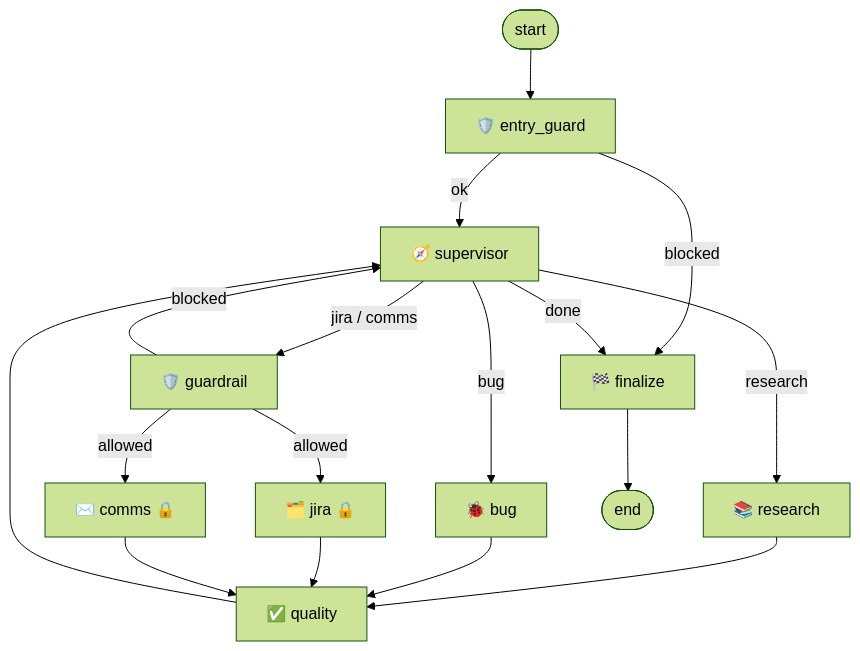
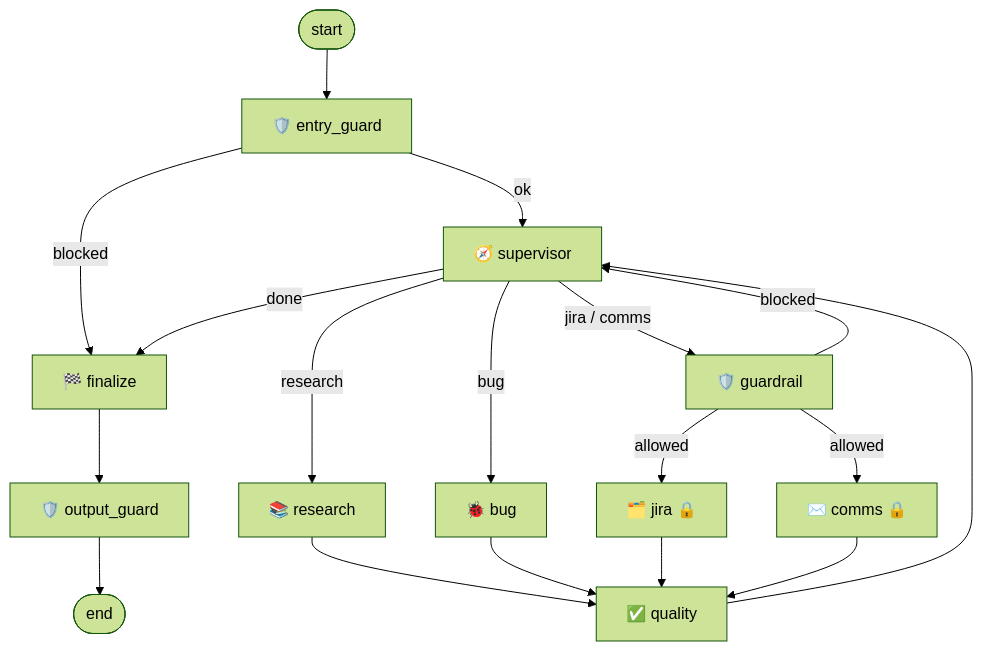
Before and after one commit to AITestingMastery/langgraph-testing-mastery: the diagram in README.md, drawn with Mermaid (forest theme). The commit also changed other lines of this file and 14 other files, not shown here.

````diff
--- a/README.md
+++ b/README.md
@@ -175,19 +175,20 @@
 ```mermaid
 flowchart TD
     START([start]) --> EG[🛡️ entry_guard]
     EG -- blocked --> FIN[🏁 finalize]
     EG -- ok --> SUP[🧭 supervisor]
     SUP -- research --> RES[📚 research]
     SUP -- bug --> BUG[🐞 bug]
     SUP -- jira / comms --> GR[🛡️ guardrail]
     GR -- allowed --> JIRA[🗂️ jira 🔒]
     GR -- allowed --> COMMS[✉️ comms 🔒]
     GR -- blocked --> SUP
     RES --> Q[✅ quality]
     BUG --> Q
     JIRA --> Q
     COMMS --> Q
     Q --> SUP
     SUP -- done --> FIN
-    FIN --> END([end])
+    FIN --> OG[🛡️ output_guard]
+    OG --> END([end])
 ```
````
